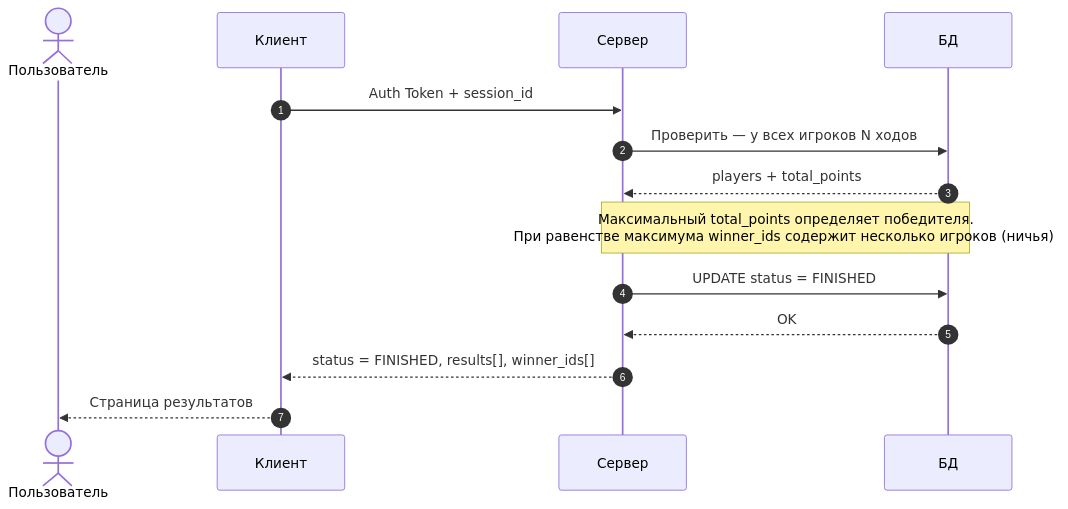
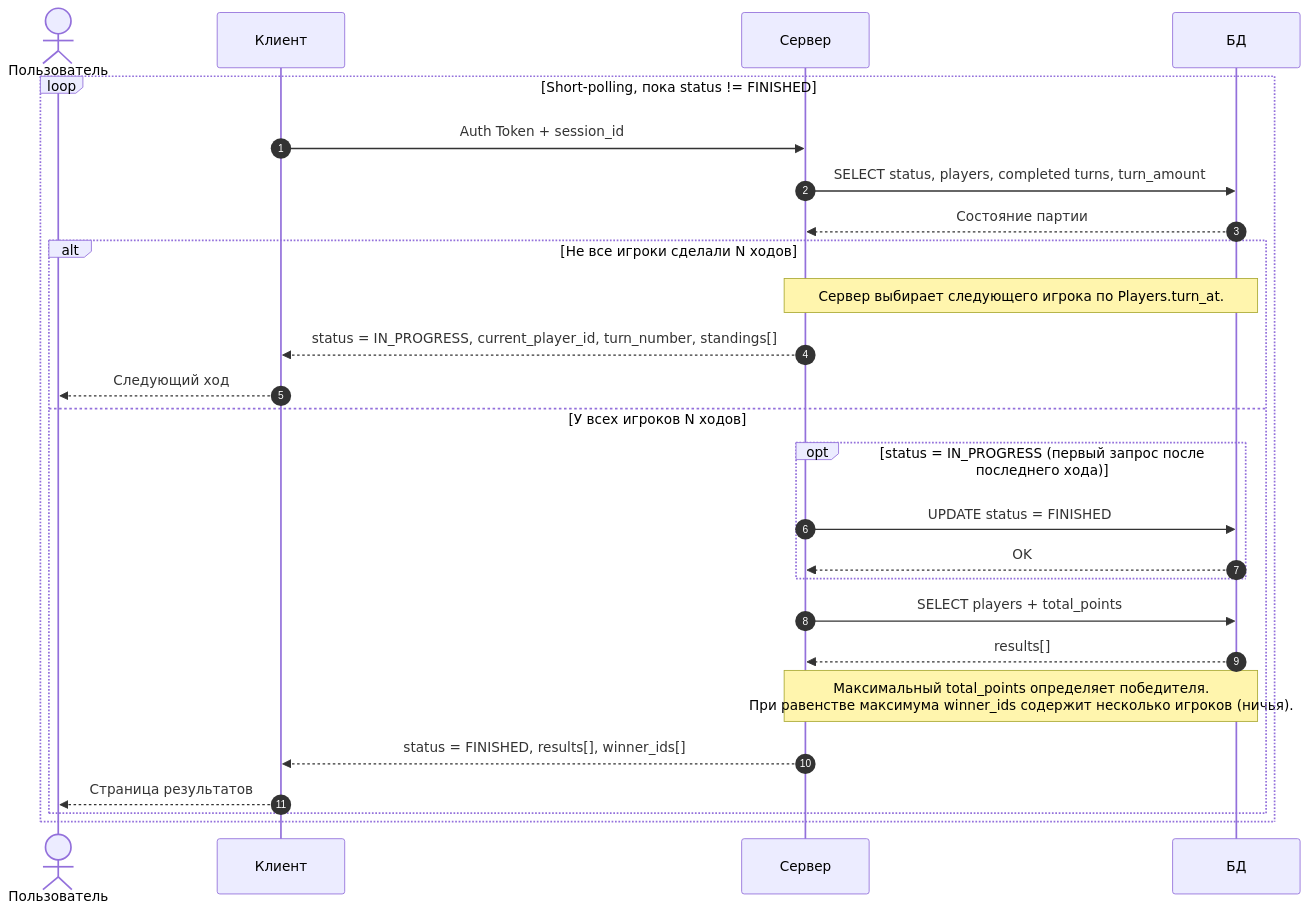
One commit to seventwogth/databases-itmo changed diagram 12 of 13 in docs/api-schema.md. Above: the diagram before and after it, drawn with Mermaid. The commit also changed other lines of this file and 1 other file, not shown here.

Commit message:
docs: merge turn transition and game finish into one polling request
- replace API scenarios 10 and 11 with a single short-polling
  "game state" request that branches on whether all players made N turns
- renumber "leave match" to scenario 11 and update the summary table
- update scenario references in sql-functions.md

````diff
--- a/docs/api-schema.md
+++ b/docs/api-schema.md
@@ -253,17 +237,29 @@
 ```mermaid
 sequenceDiagram
     autonumber
     actor U as Пользователь
     participant C as Клиент
     participant S as Сервер
     participant DB as БД
 
-    C->>S: Auth Token + session_id
-    S->>DB: Проверить — у всех игроков N ходов
-    DB-->>S: players + total_points
-    Note over S,DB: Максимальный total_points определяет победителя.<br/>При равенстве максимума winner_ids содержит несколько игроков (ничья).
-    S->>DB: UPDATE status = FINISHED
-    DB-->>S: OK
-    S-->>C: status = FINISHED, results[], winner_ids[]
-    C-->>U: Страница результатов
+    loop Short-polling, пока status != FINISHED
+        C->>S: Auth Token + session_id
+        S->>DB: SELECT status, players, completed turns, turn_amount
+        DB-->>S: Состояние партии
+        alt Не все игроки сделали N ходов
+            Note over S,DB: Сервер выбирает следующего игрока по Players.turn_at.
+            S-->>C: status = IN_PROGRESS, current_player_id, turn_number, standings[]
+            C-->>U: Следующий ход
+        else У всех игроков N ходов
+            opt status = IN_PROGRESS (первый запрос после последнего хода)
+                S->>DB: UPDATE status = FINISHED
+                DB-->>S: OK
+            end
+            S->>DB: SELECT players + total_points
+            DB-->>S: results[]
+            Note over S,DB: Максимальный total_points определяет победителя.<br/>При равенстве максимума winner_ids содержит несколько игроков (ничья).
+            S-->>C: status = FINISHED, results[], winner_ids[]
+            C-->>U: Страница результатов
+        end
+    end
 ```
````
